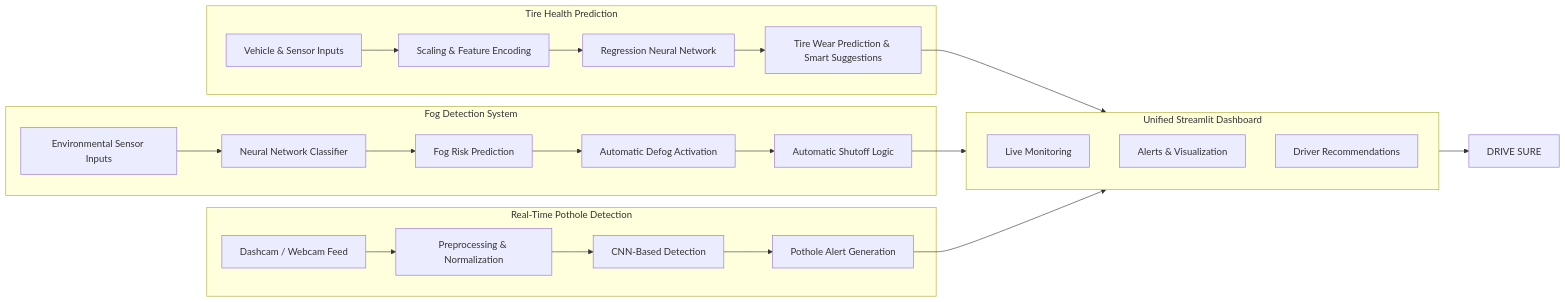
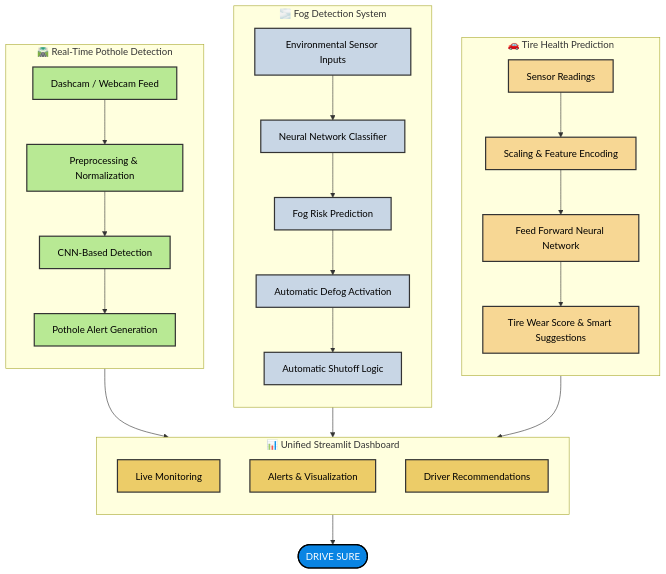
One commit to 32732Nikitha/Tata-Innovation-26_DriveSure changed the diagram in README.md. Above: the diagram before and after it, drawn with Mermaid.

Commit message:
Update workflow architecture and styling in README

````diff
--- a/README.md
+++ b/README.md
@@ -66,58 +64,78 @@
 ```mermaid
-flowchart LR
+flowchart TD
 
 %% =========================
 %% Tire Health Prediction
 %% =========================
-subgraph T1[Tire Health Prediction]
-A1[Vehicle & Sensor Inputs]
+subgraph T1["🚗 Tire Health Prediction"]
+direction TB
+A1[Sensor Readings]
 A2[Scaling & Feature Encoding]
-A3[Regression Neural Network]
-A4[Tire Wear Prediction & Smart Suggestions]
+A3[Feed Forward Neural Network]
+A4[Tire Wear Score & Smart Suggestions]
 
 A1 --> A2 --> A3 --> A4
 end
 
 %% =========================
-%% Fog Detection System
+%% Fog Detection
 %% =========================
-subgraph T2[Fog Detection System]
+subgraph T2["🌫️ Fog Detection System"]
+direction TB
 B1[Environmental Sensor Inputs]
 B2[Neural Network Classifier]
 B3[Fog Risk Prediction]
 B4[Automatic Defog Activation]
 B5[Automatic Shutoff Logic]
 
 B1 --> B2 --> B3 --> B4 --> B5
 end
 
 %% =========================
-%% Pothole Detection System
+%% Pothole Detection
 %% =========================
-subgraph T3[Real-Time Pothole Detection]
+subgraph T3["🛣️ Real-Time Pothole Detection"]
+direction TB
 C1[Dashcam / Webcam Feed]
 C2[Preprocessing & Normalization]
 C3[CNN-Based Detection]
 C4[Pothole Alert Generation]
 
 C1 --> C2 --> C3 --> C4
 end
 
 %% =========================
 %% Unified Dashboard
 %% =========================
-subgraph D1[Unified Streamlit Dashboard]
+subgraph D1["📊 Unified Streamlit Dashboard"]
+direction TB
 D2[Live Monitoring]
 D3[Alerts & Visualization]
 D4[Driver Recommendations]
 end
 
 %% =========================
-%% Connections
+%% Final Connections
 %% =========================
 A4 --> D1
 B5 --> D1
 C4 --> D1
 
-D1 --> Z[DRIVE SURE]
+D1 --> Z([DRIVE SURE])
+
+%% =========================
+%% Styling
+%% =========================
+
+classDef tire fill:#F7D794,stroke:#333,stroke-width:2px,color:#000;
+classDef fog fill:#C8D6E5,stroke:#333,stroke-width:2px,color:#000;
+classDef pothole fill:#B8E994,stroke:#333,stroke-width:2px,color:#000;
+classDef dash fill:#ECCC68,stroke:#333,stroke-width:2px,color:#000;
+classDef final fill:#0984E3,color:#fff,stroke:#000,stroke-width:2px;
+
+class A1,A2,A3,A4 tire;
+class B1,B2,B3,B4,B5 fog;
+class C1,C2,C3,C4 pothole;
+class D2,D3,D4 dash;
+class Z final;
 ```
````
